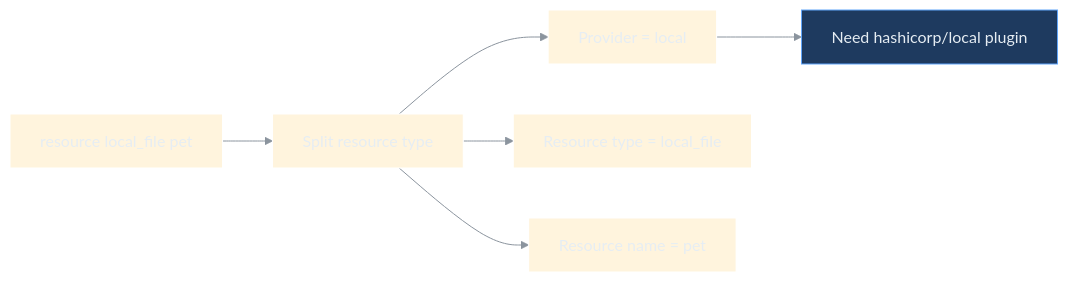
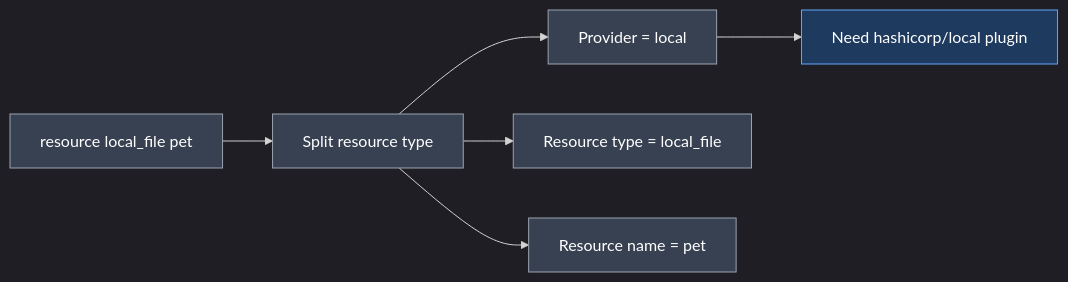
One commit to nirajp82/Terraform_Basics changed the second of 9 diagrams in 04_Core_Terraform_Basics/01_Terraform_Provider.md. Above: the diagram before and after it, drawn with Mermaid. The commit also changed other lines of this file and 1 other file, not shown here.

Commit message:
Update Diagram

````diff
--- a/04_Core_Terraform_Basics/01_Terraform_Provider.md
+++ b/04_Core_Terraform_Basics/01_Terraform_Provider.md
@@ -54,12 +55,16 @@
 ```mermaid
-%%{init: {'theme': 'base', 'themeVariables': {'darkMode': true, 'background': 'transparent', 'primaryTextColor': '#e6edf3', 'lineColor': '#8b949e'}}}%%
+%%{init: {'theme': 'dark'}}%%
 flowchart LR
     CODE["resource local_file pet"] --> SPLIT["Split resource type"]
     SPLIT --> PROV["Provider = local"]
     SPLIT --> RESTYPE["Resource type = local_file"]
     SPLIT --> NAME["Resource name = pet"]
     PROV --> NEED["Need hashicorp/local plugin"]
 
-    classDef info fill:#1e3a5f,stroke:#60a5fa,color:#e6edf3
-    class NEED info
+    style CODE fill:#374151,stroke:#9ca3af,color:#ffffff
+    style SPLIT fill:#374151,stroke:#9ca3af,color:#ffffff
+    style PROV fill:#374151,stroke:#9ca3af,color:#ffffff
+    style RESTYPE fill:#374151,stroke:#9ca3af,color:#ffffff
+    style NAME fill:#374151,stroke:#9ca3af,color:#ffffff
+    style NEED fill:#1e3a5f,stroke:#60a5fa,color:#ffffff
 ```
````
